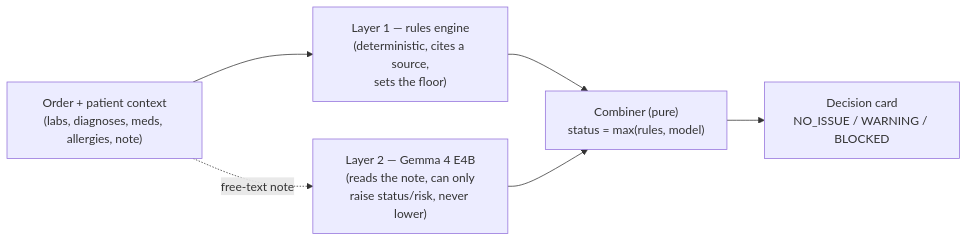
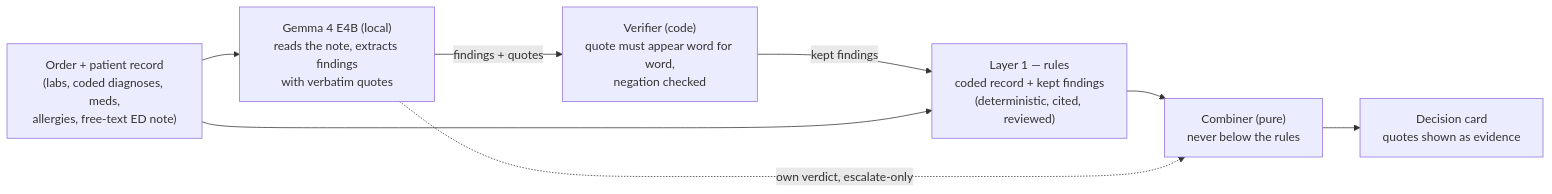
Before and after one commit to adricasi/OpenMedCheck: the diagram in README.md, drawn with Mermaid. The commit also changed other lines of this file and 3 other files, not shown here.

````diff
--- a/README.md
+++ b/README.md
@@ -70,8 +72,10 @@
 ```mermaid
 flowchart LR
-    O["Order + patient context<br/>(labs, diagnoses, meds, allergies, note)"] --> R
-    R["Layer 1 — rules engine<br/>(deterministic, cites a source,<br/>sets the floor)"] --> C
-    O -. free-text note .-> M
-    M["Layer 2 — Gemma 4 E4B<br/>(reads the note, can only<br/>raise status/risk, never lower)"] --> C
-    C["Combiner (pure)<br/>status = max(rules, model)"] --> D["Decision card<br/>NO_ISSUE / WARNING / BLOCKED"]
+    O["Order + patient record<br/>(labs, coded diagnoses, meds,<br/>allergies, free-text ED note)"] --> G
+    G["Gemma 4 E4B (local)<br/>reads the note, extracts findings<br/>with verbatim quotes"] -- findings + quotes --> V
+    V["Verifier (code)<br/>quote must appear word for word,<br/>negation checked"] -- kept findings --> R
+    O --> R["Layer 1 — rules<br/>coded record + kept findings<br/>(deterministic, cited, reviewed)"]
+    R --> C["Combiner (pure)<br/>never below the rules"]
+    G -. own verdict, escalate-only .-> C
+    C --> D["Decision card<br/>quotes shown as evidence"]
 ```
````
